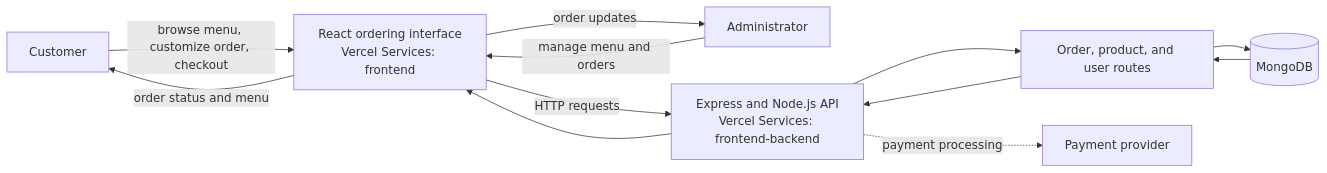
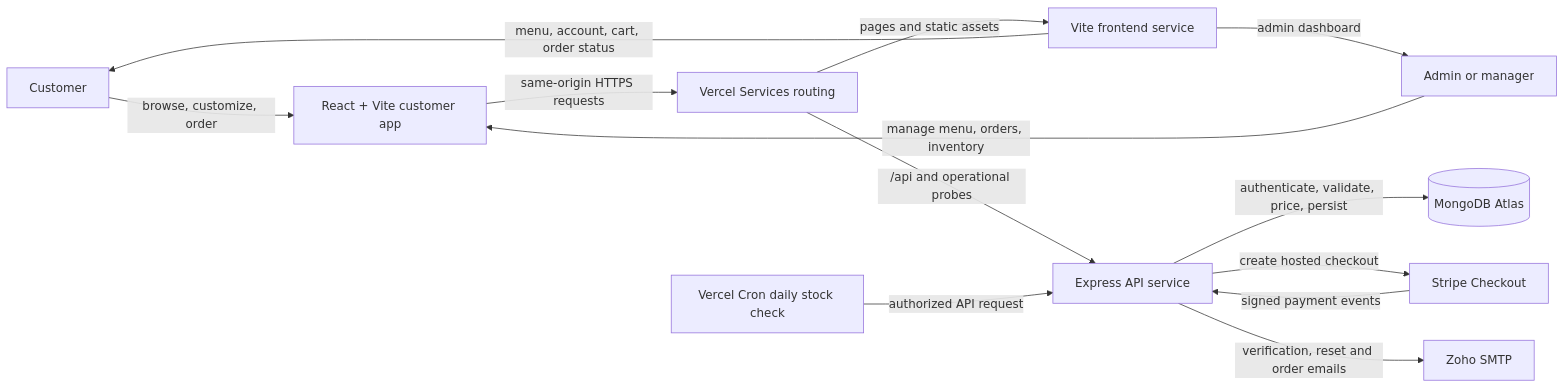
The first of 3 diagrams in README.md (itxSaaad/pizza-palette-app-mern-OIBSIP-task-1), drawn with Mermaid before and after one commit. The commit also changed other lines of this file and 14 other files, not shown here.

````diff
--- a/README.md
+++ b/README.md
@@ -5,14 +5,15 @@
 ```mermaid
 flowchart LR
-  Customer[Customer] -->|browse menu, customize order, checkout| Client[React ordering interface\nVercel Services: frontend]
-  Admin[Administrator] -->|manage menu and orders| Client
-  Client -->|HTTP requests| API[Express and Node.js API\nVercel Services: frontend-backend]
-  API --> Routes[Order, product, and user routes]
-  Routes --> DB[(MongoDB)]
-  DB --> Routes
-  Routes --> API
-  API --> Client
-  API -. payment processing .-> Payments[Payment provider]
-  Client -->|order status and menu| Customer
-  Client -->|order updates| Admin
+  Customer[Customer] -->|browse, customize, order| SPA[React + Vite customer app]
+  Admin[Admin or manager] -->|manage menu, orders, inventory| SPA
+  SPA -->|same-origin HTTPS requests| Routing[Vercel Services routing]
+  Routing -->|pages and static assets| Frontend[Vite frontend service]
+  Routing -->|/api and operational probes| Backend[Express API service]
+  Backend -->|authenticate, validate, price, persist| Mongo[(MongoDB Atlas)]
+  Backend -->|create hosted checkout| Stripe[Stripe Checkout]
+  Stripe -->|signed payment events| Backend
+  Backend -->|verification, reset and order emails| SMTP[Zoho SMTP]
+  Cron[Vercel Cron daily stock check] -->|authorized API request| Backend
+  Frontend -->|menu, account, cart, order status| Customer
+  Frontend -->|admin dashboard| Admin
 ```
````
